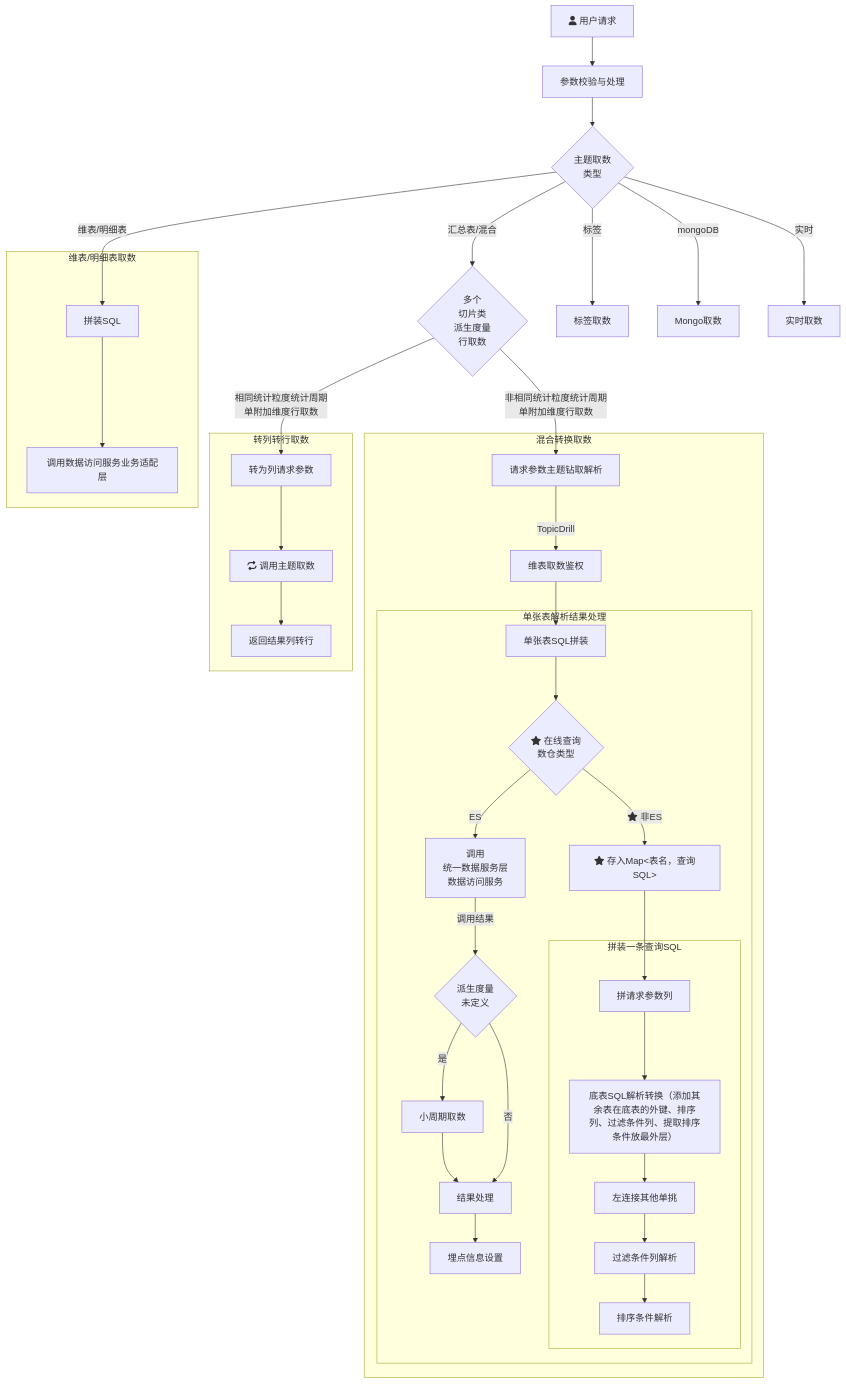
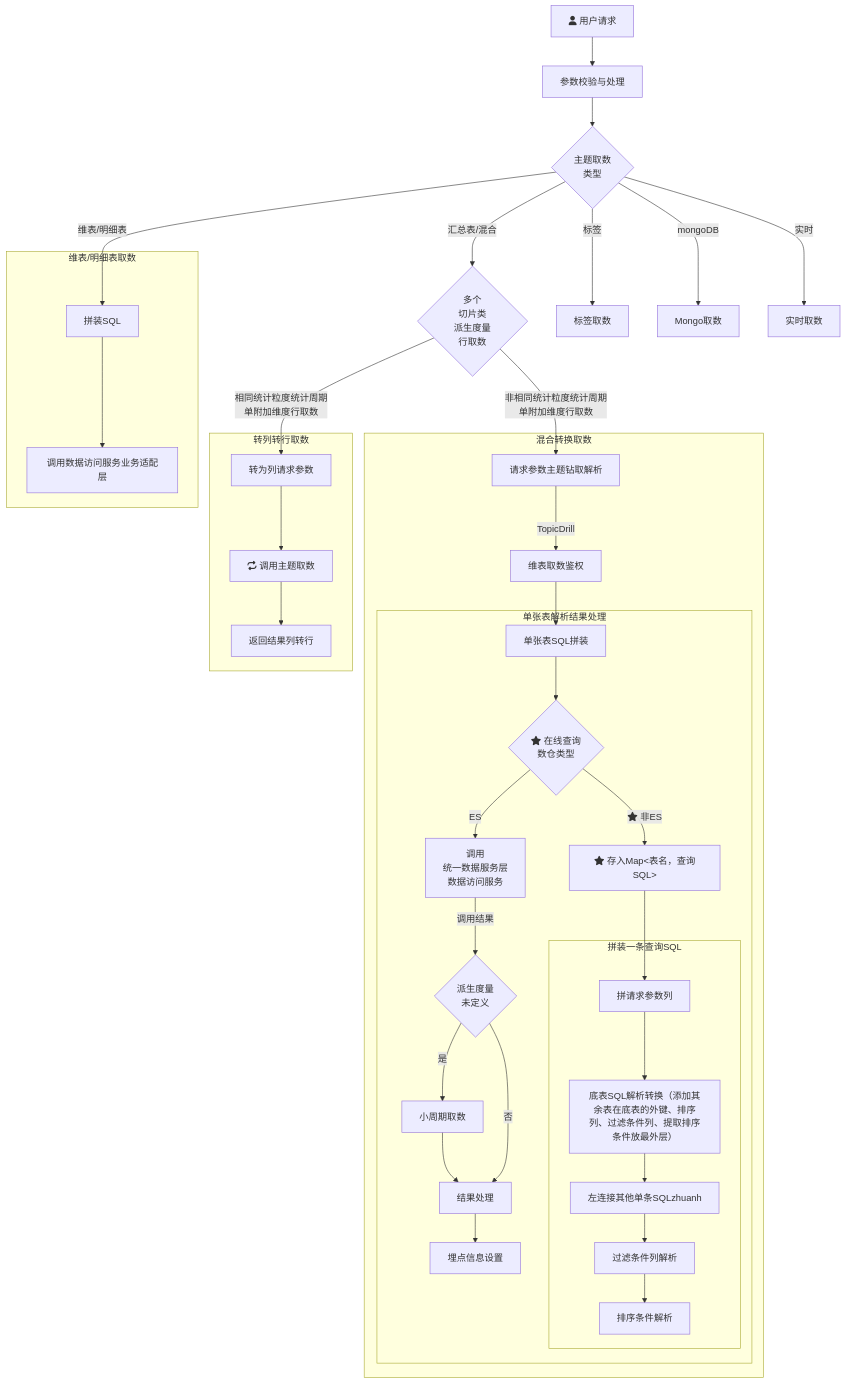
One commit to yanglosm/iodraw-files changed the diagram in all/未命名.md. Above: the diagram before and after it, drawn with Mermaid.

Commit message:
2024-11-29 19:39:40 update

````diff
--- a/all/未命名.md
+++ b/all/未命名.md
@@ -1,30 +1,30 @@
 ```mermaid
 flowchart TD
     A[fa:fa-user 用户请求] -->A1[参数校验与处理] --> B{主题取数\n类型}
     B -->|维表/明细表| D[拼装SQL]
     B -->|汇总表/混合| E{多个\n切片类\n派生度量\n行取数}
     B -->|标签| F[标签取数]
     B -->|mongoDB| G[Mongo取数]
     B -->|实时| H[实时取数]
     E -->|相同统计粒度统计周期\n单附加维度行取数| E1[转为列请求参数]
     E -->|非相同统计粒度统计周期\n单附加维度行取数| T1[请求参数主题钻取解析]
     subgraph 维表/明细表取数
     D-->D1[调用数据访问服务业务适配层]
     end
     subgraph 转列转行取数
     E1-->E11[fa:fa-repeat 调用主题取数]-->E12[返回结果列转行]
     end
     subgraph 混合转换取数
     T1-->|TopicDrill| T2[维表取数鉴权] --> T31[单张表SQL拼装]
         subgraph 单张表解析结果处理
         T31 --> T4{fa:fa-star 在线查询\n数仓类型}-->|ES|T32[调用\n统一数据服务层\n数据访问服务] --> |调用结果|T33{派生度量\n未定义}
         T33 --> |是|T33_1[小周期取数]-->T34[结果处理]-->T35[埋点信息设置]
         T33 --> |否|T34
         T4 --> |fa:fa-star 非ES|T41["fa:fa-star 存入Map<表名，查询SQL>"]
         T41 --> T42[拼请求参数列]
             subgraph 拼装一条查询SQL
-            T42 --> M1[底表SQL解析转换（添加其余表在底表的外键、排序列、过滤条件列、提取排序条件放最外层）] --> M2[左连接其他单挑] --> 过滤条件列解析 --> 排序条件解析
+            T42 --> M1[底表SQL解析转换（添加其余表在底表的外键、排序列、过滤条件列、提取排序条件放最外层）] --> M2[左连接其他单条SQLzhuanh] --> 过滤条件列解析 --> 排序条件解析
             end
         end
     end
 ```
````
